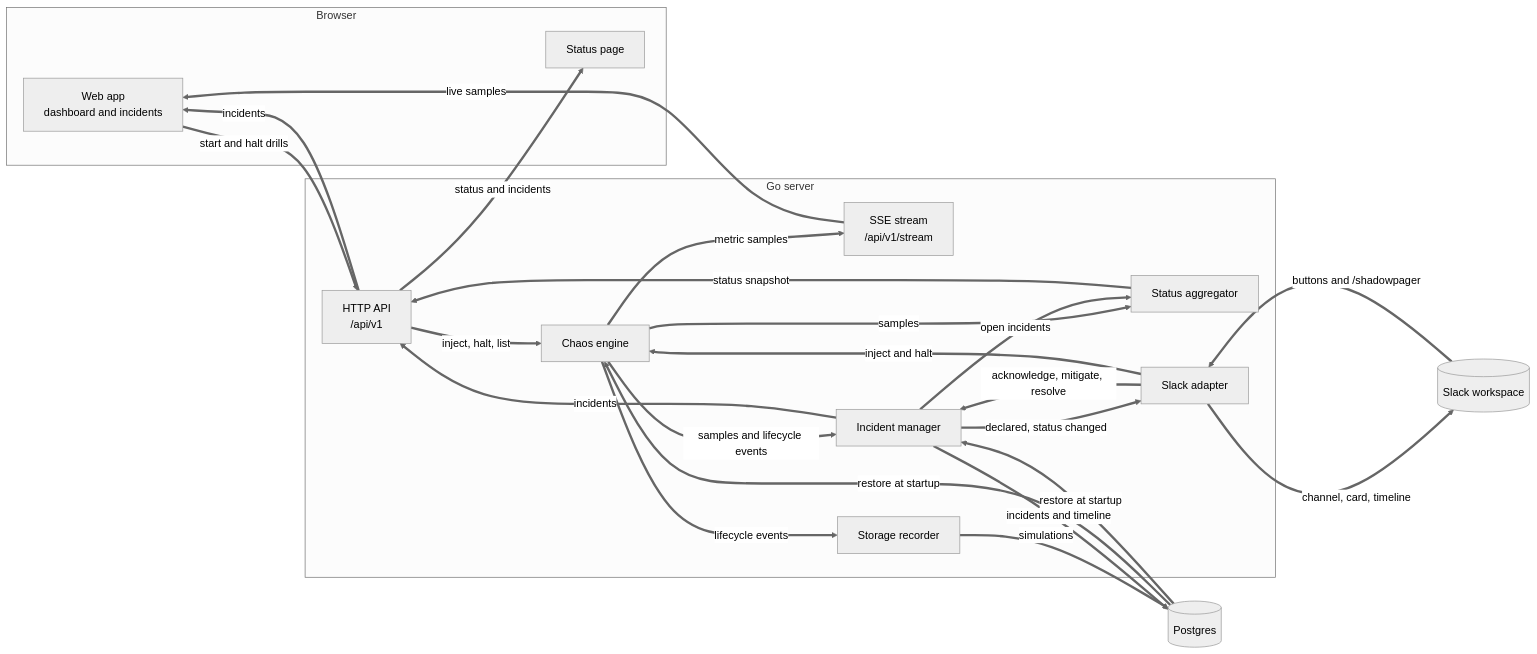
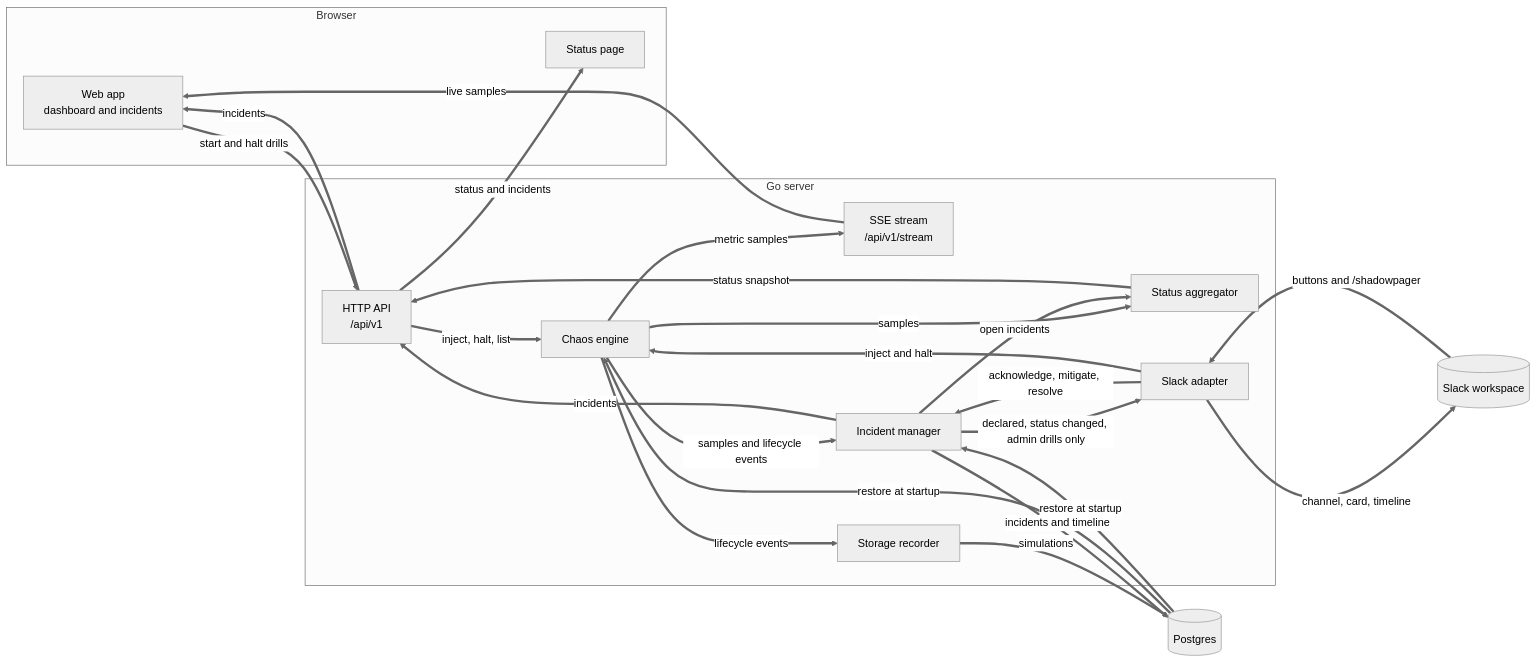
One commit to MA-V4/shadow-pager changed the diagram in README.md. Above: the diagram before and after it, drawn with Mermaid (neutral theme). The commit also changed other lines of this file and 1 other file, not shown here.

````diff
--- a/README.md
+++ b/README.md
@@ -33,42 +49,42 @@
 ```mermaid
 flowchart LR
     subgraph Browser
         WEB[Web app<br/>dashboard and incidents]
         STATUS[Status page]
     end
 
     subgraph Server["Go server"]
         API[HTTP API<br/>/api/v1]
         SSE[SSE stream<br/>/api/v1/stream]
         ENGINE[Chaos engine]
         MANAGER[Incident manager]
         AGG[Status aggregator]
         SLACK[Slack adapter]
         RECORDER[Storage recorder]
     end
 
     SLACKAPP[(Slack workspace)]
     DB[(Postgres)]
 
     WEB ==>|start and halt drills| API
     API ==>|inject, halt, list| ENGINE
     ENGINE ==>|metric samples| SSE
     SSE ==>|live samples| WEB
     ENGINE ==>|samples and lifecycle events| MANAGER
     ENGINE ==>|samples| AGG
     ENGINE ==>|lifecycle events| RECORDER
     MANAGER ==>|incidents| API
     MANAGER ==>|open incidents| AGG
     AGG ==>|status snapshot| API
     API ==>|status and incidents| STATUS
     API ==>|incidents| WEB
-    MANAGER ==>|declared, status changed| SLACK
+    MANAGER ==>|declared, status changed, admin drills only| SLACK
     SLACK ==>|channel, card, timeline| SLACKAPP
     SLACKAPP ==>|buttons and /shadowpager| SLACK
     SLACK ==>|acknowledge, mitigate, resolve| MANAGER
     SLACK ==>|inject and halt| ENGINE
     RECORDER ==>|simulations| DB
     MANAGER ==>|incidents and timeline| DB
     DB ==>|restore at startup| ENGINE
     DB ==>|restore at startup| MANAGER
 ```
````
